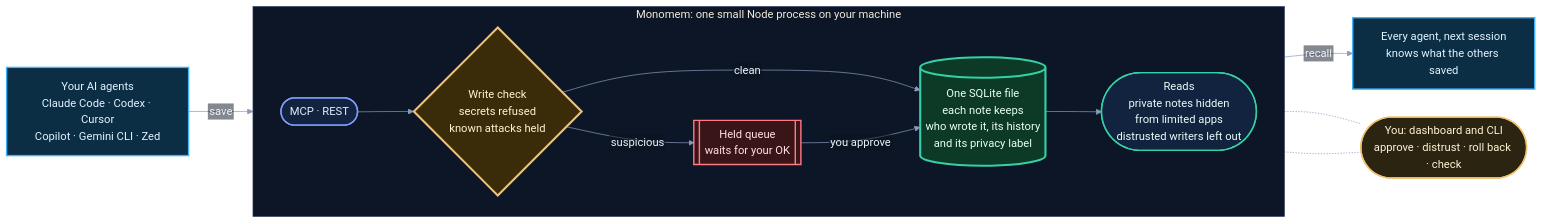
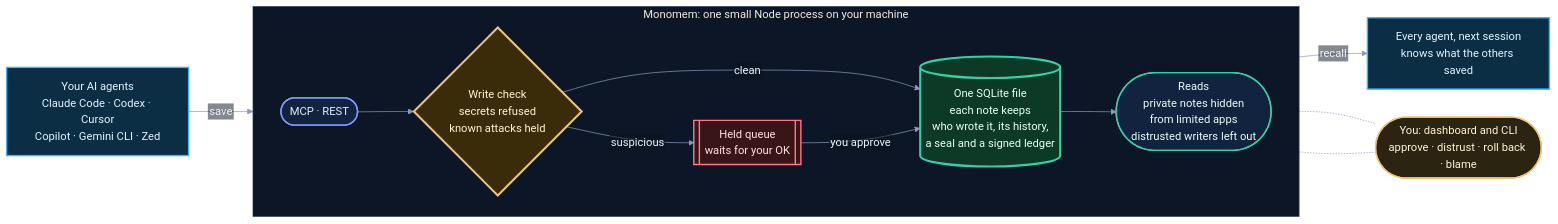
The diagram in docs/architecture.md (calasdan-sketch/monomem), drawn with Mermaid before and after one commit. The commit also changed 13 other files, not shown here.

First line of the commit message:
docs: demo GIF, architecture diagram and descriptions for 1.8.0 (#118)

````diff
--- a/docs/architecture.md
+++ b/docs/architecture.md
@@ -3,46 +3,46 @@
 ```mermaid
 %%{init: {"theme":"base","flowchart":{"useMaxWidth":false,"htmlLabels":false,"curve":"basis","nodeSpacing":40,"rankSpacing":55},
   "themeVariables":{"fontFamily":"Arial, Helvetica, sans-serif","fontSize":"16px",
   "primaryColor":"#12233f","primaryTextColor":"#eef2fa","primaryBorderColor":"#2b3a5c",
   "lineColor":"#8a9bbd","clusterBkg":"#0d1626","clusterBorder":"#2b3a5c",
   "edgeLabelBackground":"#0b1220","tertiaryColor":"#0d1626"}}}%%
 flowchart LR
   AG["Your AI agents<br/>Claude Code · Codex · Cursor<br/>Copilot · Gemini CLI · Zed"]
   AG2["Every agent, next session<br/>knows what the others saved"]
 
   subgraph mm["Monomem: one small Node process on your machine"]
     direction LR
     IN(["MCP · REST"])
     GATE{"Write check<br/>secrets refused<br/>known attacks held"}
     HELD[["Held queue<br/>waits for your OK"]]
-    DB[("One SQLite file<br/>each note keeps<br/>who wrote it, its history<br/>and its privacy label")]
+    DB[("One SQLite file<br/>each note keeps<br/>who wrote it, its history,<br/>a seal and a signed ledger")]
     OUT(["Reads<br/>private notes hidden<br/>from limited apps<br/>distrusted writers left out"])
     IN --> GATE
     GATE -- "clean" --> DB
     GATE -- "suspicious" --> HELD
     HELD -- "you approve" --> DB
     DB --> OUT
   end
 
-  YOU(["You: dashboard and CLI<br/>approve · distrust · roll back · check"])
+  YOU(["You: dashboard and CLI<br/>approve · distrust · roll back · blame"])
 
   AG -- "save" --> IN
   OUT -- "recall" --> AG2
   HELD -.- YOU
   DB -.- YOU
 
   classDef agent fill:#0b2e45,stroke:#3fb4ff,stroke-width:2px,color:#e3f3ff;
   classDef entry fill:#12233f,stroke:#7f9cff,stroke-width:2px,color:#e6ecff;
   classDef gate  fill:#3a2c08,stroke:#f0c171,stroke-width:3px,color:#fff3d6;
   classDef held  fill:#3a1518,stroke:#ff7a85,stroke-width:2px,color:#ffe1e4;
   classDef store fill:#0c3a26,stroke:#35d0a5,stroke-width:3px,color:#eafff6;
   classDef read  fill:#12233f,stroke:#35d0a5,stroke-width:2px,color:#e6fff6;
   classDef you   fill:#2b2410,stroke:#f0c171,stroke-width:2px,color:#fff3d6;
   class AG,AG2 agent;
   class IN entry;
   class GATE gate;
   class HELD held;
   class DB store;
   class OUT read;
   class YOU you;
 ```
````
